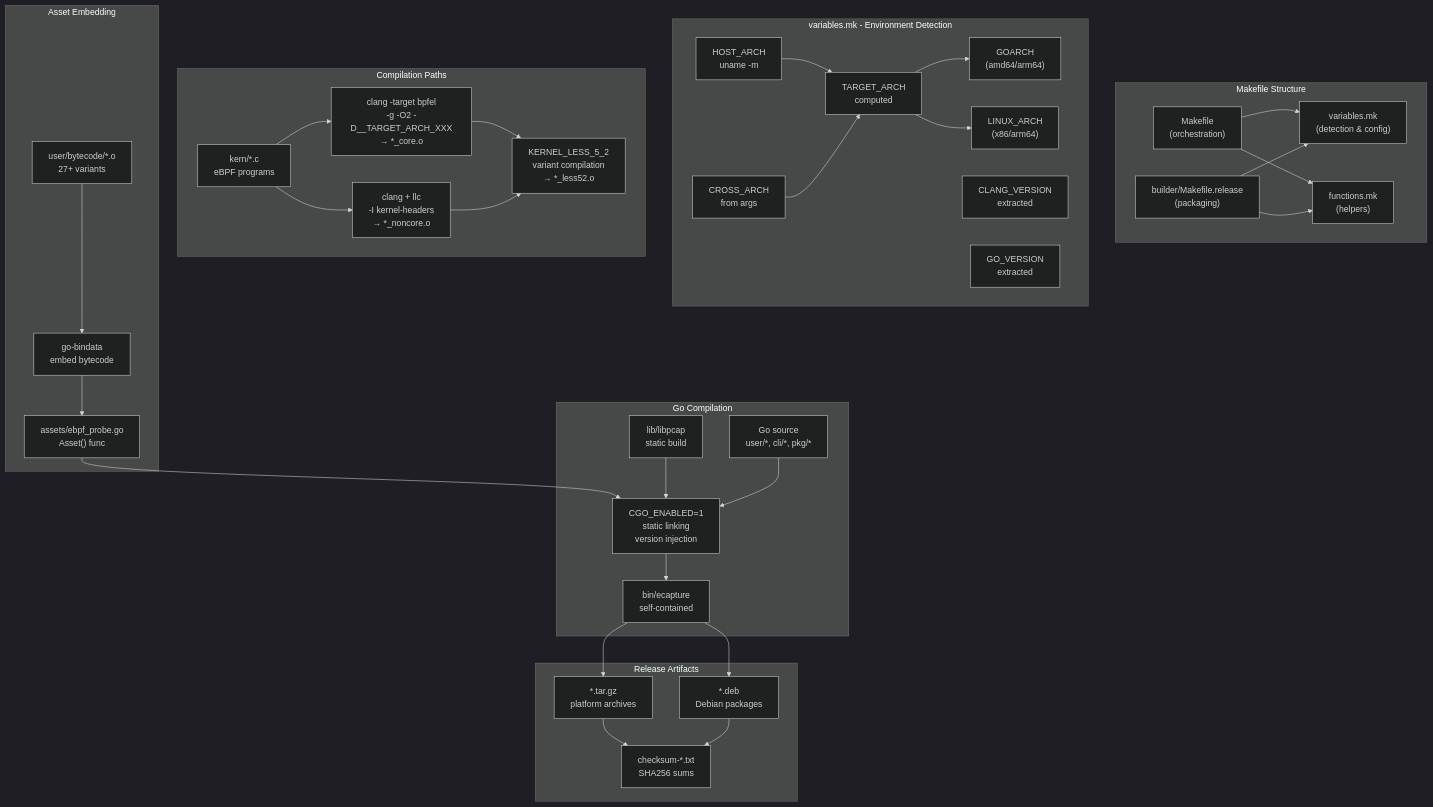
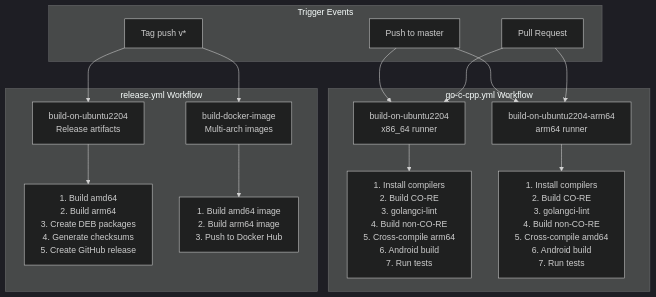
The fourth of 5 diagrams in src/en/5-development-guide/index.md (gojue/ecapture.cc), drawn with Mermaid (dark theme) before and after one commit. The commit also changed other lines of this file and 115 other files, not shown here.

````diff
--- a/src/en/5-development-guide/index.md
+++ b/src/en/5-development-guide/index.md
@@ -413,76 +372,39 @@
 ```mermaid
 graph TB
-    subgraph "Makefile Structure"
-        MAIN["Makefile<br/>(orchestration)"]
-        VARS["variables.mk<br/>(detection & config)"]
-        FUNCS["functions.mk<br/>(helpers)"]
-        RELEASE["builder/Makefile.release<br/>(packaging)"]
-        
-        MAIN --> VARS
-        MAIN --> FUNCS
-        RELEASE --> VARS
-        RELEASE --> FUNCS
+    subgraph "Trigger Events"
+        Push[Push to master]
+        PR[Pull Request]
+        Tag[Tag push v*]
     end
     
-    subgraph "variables.mk - Environment Detection"
-        HOST_ARCH["HOST_ARCH<br/>uname -m"]
-        CROSS_ARCH["CROSS_ARCH<br/>from args"]
-        TARGET_ARCH["TARGET_ARCH<br/>computed"]
-        GOARCH["GOARCH<br/>(amd64/arm64)"]
-        LINUX_ARCH["LINUX_ARCH<br/>(x86/arm64)"]
-        CLANG_VER["CLANG_VERSION<br/>extracted"]
-        GO_VER["GO_VERSION<br/>extracted"]
+    subgraph "go-c-cpp.yml Workflow"
+        Job1[build-on-ubuntu2204<br/>x86_64 runner]
+        Job2[build-on-ubuntu2204-arm64<br/>arm64 runner]
         
-        HOST_ARCH --> TARGET_ARCH
-        CROSS_ARCH --> TARGET_ARCH
-        TARGET_ARCH --> GOARCH
-        TARGET_ARCH --> LINUX_ARCH
+        Job1Steps["1. Install compilers<br/>2. Build CO-RE<br/>3. golangci-lint<br/>4. Build non-CO-RE<br/>5. Cross-compile arm64<br/>6. Android build<br/>7. Run tests"]
+        
+        Job2Steps["1. Install compilers<br/>2. Build CO-RE<br/>3. golangci-lint<br/>4. Build non-CO-RE<br/>5. Cross-compile amd64<br/>6. Android build<br/>7. Run tests"]
+        
+        Job1 --> Job1Steps
+        Job2 --> Job2Steps
     end
     
-    subgraph "Compilation Paths"
-        KERN_C["kern/*.c<br/>eBPF programs"]
+    subgraph "release.yml Workflow"
+        ReleaseJob1[build-on-ubuntu2204<br/>Release artifacts]
+        ReleaseJob2[build-docker-image<br/>Multi-arch images]
         
-        CORE_COMPILE["clang -target bpfel<br/>-g -O2 -D__TARGET_ARCH_XXX<br/>→ *_core.o"]
+        ReleaseSteps["1. Build amd64<br/>2. Build arm64<br/>3. Create DEB packages<br/>4. Generate checksums<br/>5. Create GitHub release"]
         
-        NONCORE_COMPILE["clang + llc<br/>-I kernel-headers<br/>→ *_noncore.o"]
+        DockerSteps["1. Build amd64 image<br/>2. Build arm64 image<br/>3. Push to Docker Hub"]
         
-        LESS52["KERNEL_LESS_5_2<br/>variant compilation<br/>→ *_less52.o"]
-        
-        KERN_C --> CORE_COMPILE
-        KERN_C --> NONCORE_COMPILE
-        CORE_COMPILE --> LESS52
-        NONCORE_COMPILE --> LESS52
+        ReleaseJob1 --> ReleaseSteps
+        ReleaseJob2 --> DockerSteps
     end
     
-    subgraph "Asset Embedding"
-        BYTECODE["user/bytecode/*.o<br/>27+ variants"]
-        GOBINDATA["go-bindata<br/>embed bytecode"]
-        ASSETS["assets/ebpf_probe.go<br/>Asset() func"]
-        
-        BYTECODE --> GOBINDATA
-        GOBINDATA --> ASSETS
-    end
-    
-    subgraph "Go Compilation"
-        LIBPCAP["lib/libpcap<br/>static build"]
-        GOSRC["Go source<br/>user/*, cli/*, pkg/*"]
-        GOBUILD["CGO_ENABLED=1<br/>static linking<br/>version injection"]
-        BINARY["bin/ecapture<br/>self-contained"]
-        
-        ASSETS --> GOBUILD
-        LIBPCAP --> GOBUILD
-        GOSRC --> GOBUILD
-        GOBUILD --> BINARY
-    end
-    
-    subgraph "Release Artifacts"
-        TARBALL["*.tar.gz<br/>platform archives"]
-        DEB["*.deb<br/>Debian packages"]
-        CHECKSUM["checksum-*.txt<br/>SHA256 sums"]
-        
-        BINARY --> TARBALL
-        BINARY --> DEB
-        TARBALL --> CHECKSUM
-        DEB --> CHECKSUM
-    end
+    Push --> Job1
+    Push --> Job2
+    PR --> Job1
+    PR --> Job2
+    Tag --> ReleaseJob1
+    Tag --> ReleaseJob2
 ```
````
